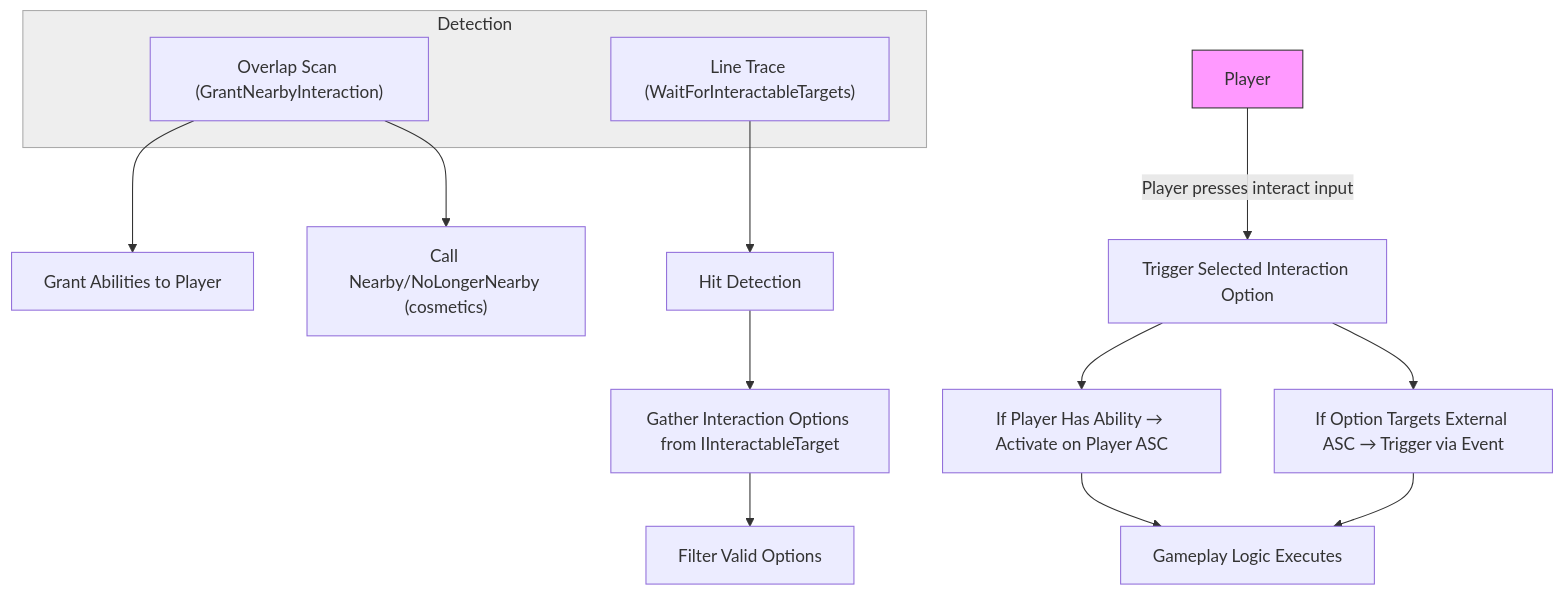
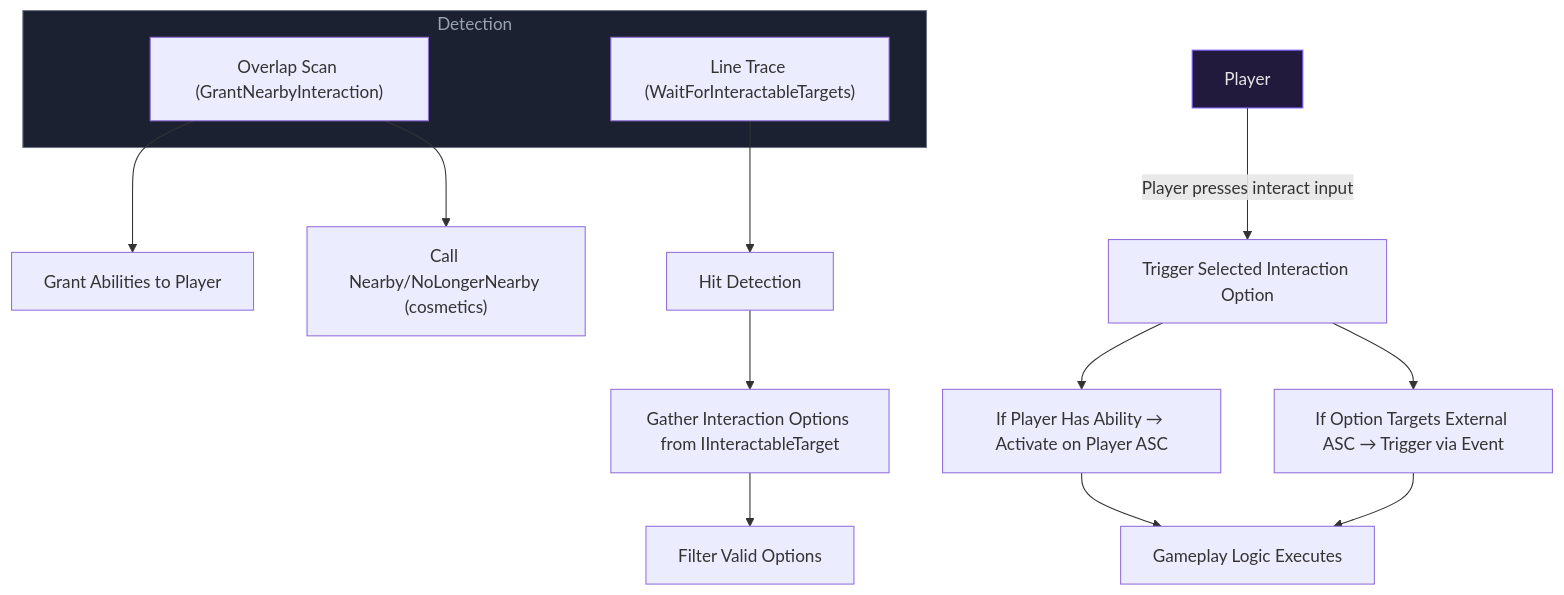
One commit to outliyr/outliyr-docs changed the diagram in outliyr-framework/docs/base-lyra-modified/interaction/how-interaction-works.md. Above: the diagram before and after it, drawn with Mermaid. The commit also changed 11 other files, not shown here.

````diff
--- a/outliyr-framework/docs/base-lyra-modified/interaction/how-interaction-works.md
+++ b/outliyr-framework/docs/base-lyra-modified/interaction/how-interaction-works.md
@@ -151,28 +151,28 @@
 ```mermaid fullWidth="false"
 flowchart TD
     A[Player]
     
     subgraph Detection
         B1["Overlap Scan (GrantNearbyInteraction)"]
         B2["Line Trace (WaitForInteractableTargets)"]
     end
 
     B1 --> C1["Grant Abilities to Player"]
     B1 --> C2["Call Nearby/NoLongerNearby (cosmetics)"]
 
     B2 --> D["Hit Detection"]
     D --> E["Gather Interaction Options from IInteractableTarget"]
     E --> F["Filter Valid Options"]
 
     A -->|Player presses interact input| G["Trigger Selected Interaction Option"]
 
     G --> H1["If Player Has Ability → Activate on Player ASC"]
     G --> H2["If Option Targets External ASC → Trigger via Event"]
 
     H1 --> I["Gameplay Logic Executes"]
     H2 --> I
 
-    style A fill:#f9f,stroke:#333,stroke-width:1px
-    style Detection fill:#eee,stroke:#aaa,stroke-width:1px
+    style A fill:#221a3d,stroke:#7c5cff,stroke-width:1px,color:#e6e6e6
+    style Detection fill:#1b2130,stroke:#6b7280,stroke-width:1px,color:#9aa3b2
 
 ```
````
